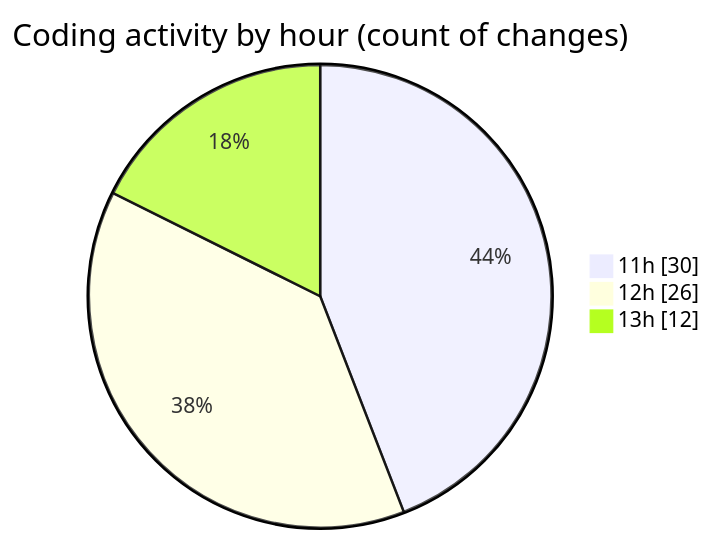
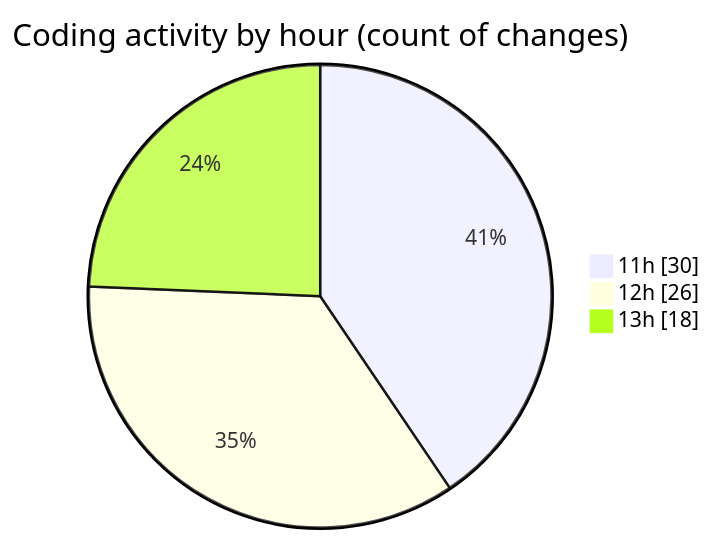
The second of 2 diagrams in 2025-08-25/studybuddy/README.md (lephambinh05/code-tracking), drawn with Mermaid before and after one commit. The commit also changed other lines of this file and 1 other file, not shown here.

````diff
--- a/2025-08-25/studybuddy/README.md
+++ b/2025-08-25/studybuddy/README.md
@@ -58,7 +59,7 @@
 ```mermaid
 pie showData
 title Coding activity by hour (count of changes)
 "11h" : 30
 "12h" : 26
-"13h" : 12
+"13h" : 18
 ```
````
